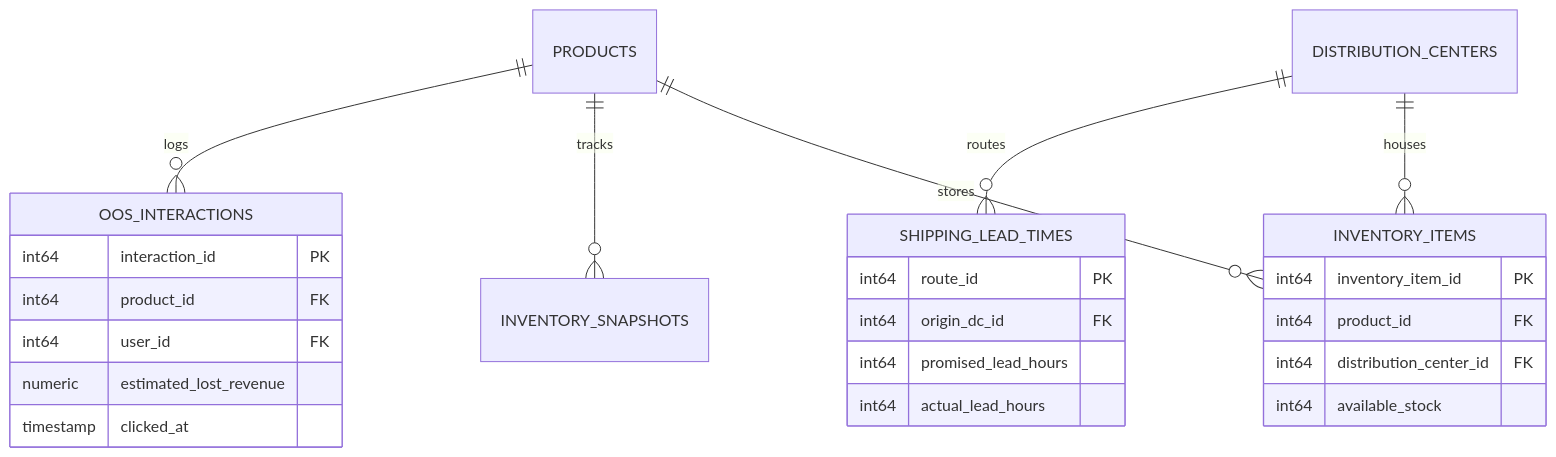
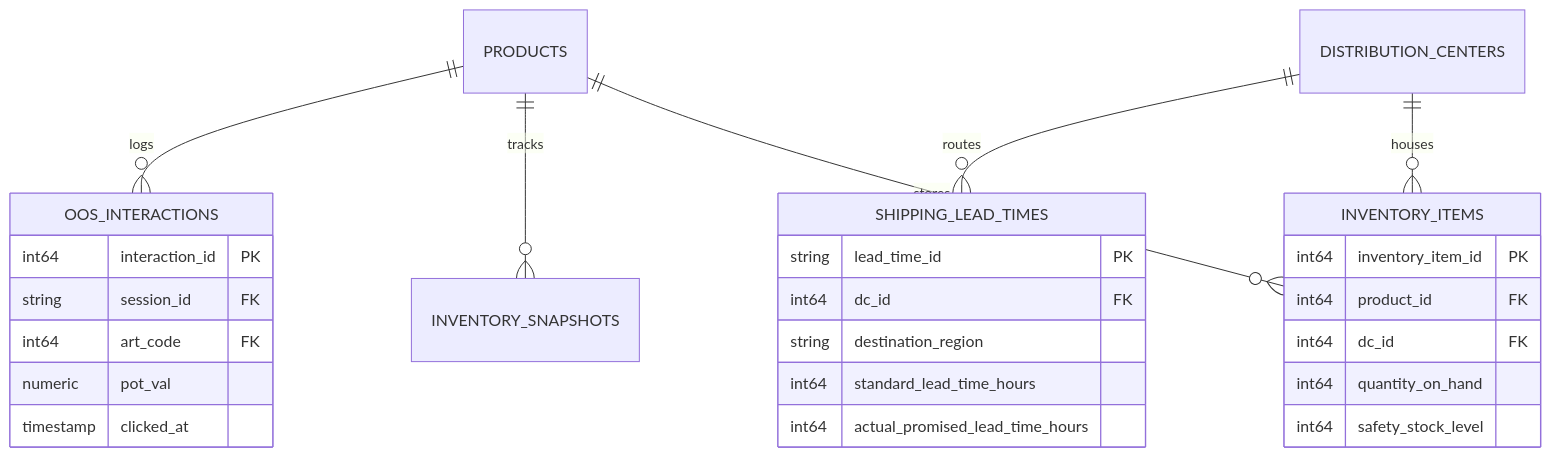
Before and after one commit to kestutisgoogle/black-week: the third of 3 diagrams in docs/DATASET_DATA_AND_SCHEMA_SUMMARY.md, drawn with Mermaid. The commit also changed other lines of this file and 53 other files, not shown here.

````diff
--- a/docs/DATASET_DATA_AND_SCHEMA_SUMMARY.md
+++ b/docs/DATASET_DATA_AND_SCHEMA_SUMMARY.md
@@ -247,28 +253,30 @@
 ```mermaid
 erDiagram
     PRODUCTS ||--o{ INVENTORY_ITEMS : stores
     DISTRIBUTION_CENTERS ||--o{ INVENTORY_ITEMS : houses
     PRODUCTS ||--o{ INVENTORY_SNAPSHOTS : tracks
     PRODUCTS ||--o{ OOS_INTERACTIONS : logs
     DISTRIBUTION_CENTERS ||--o{ SHIPPING_LEAD_TIMES : routes
 
     INVENTORY_ITEMS {
         int64 inventory_item_id PK
         int64 product_id FK
-        int64 distribution_center_id FK
-        int64 available_stock
+        int64 dc_id FK
+        int64 quantity_on_hand
+        int64 safety_stock_level
     }
     OOS_INTERACTIONS {
         int64 interaction_id PK
-        int64 product_id FK
-        int64 user_id FK
-        numeric estimated_lost_revenue
+        string session_id FK
+        int64 art_code FK
+        numeric pot_val
         timestamp clicked_at
     }
     SHIPPING_LEAD_TIMES {
-        int64 route_id PK
-        int64 origin_dc_id FK
-        int64 promised_lead_hours
-        int64 actual_lead_hours
+        string lead_time_id PK
+        int64 dc_id FK
+        string destination_region
+        int64 standard_lead_time_hours
+        int64 actual_promised_lead_time_hours
     }
 ```
````
